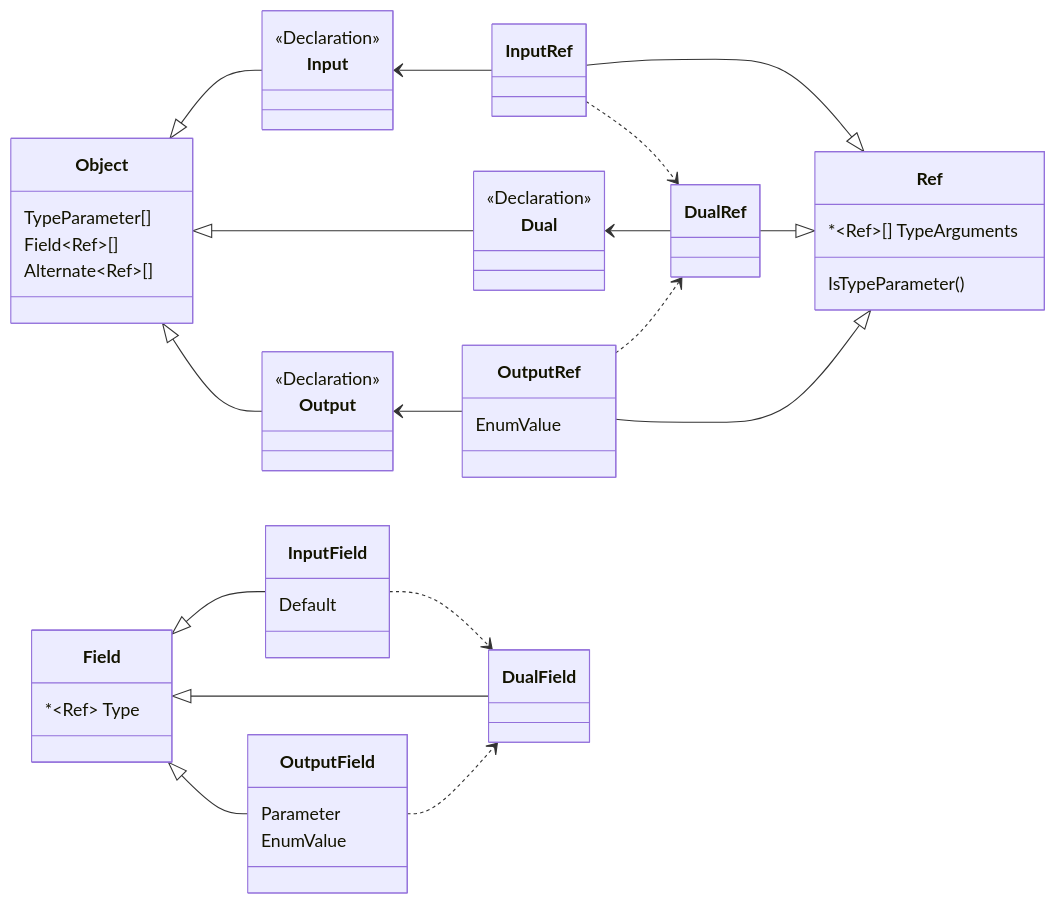
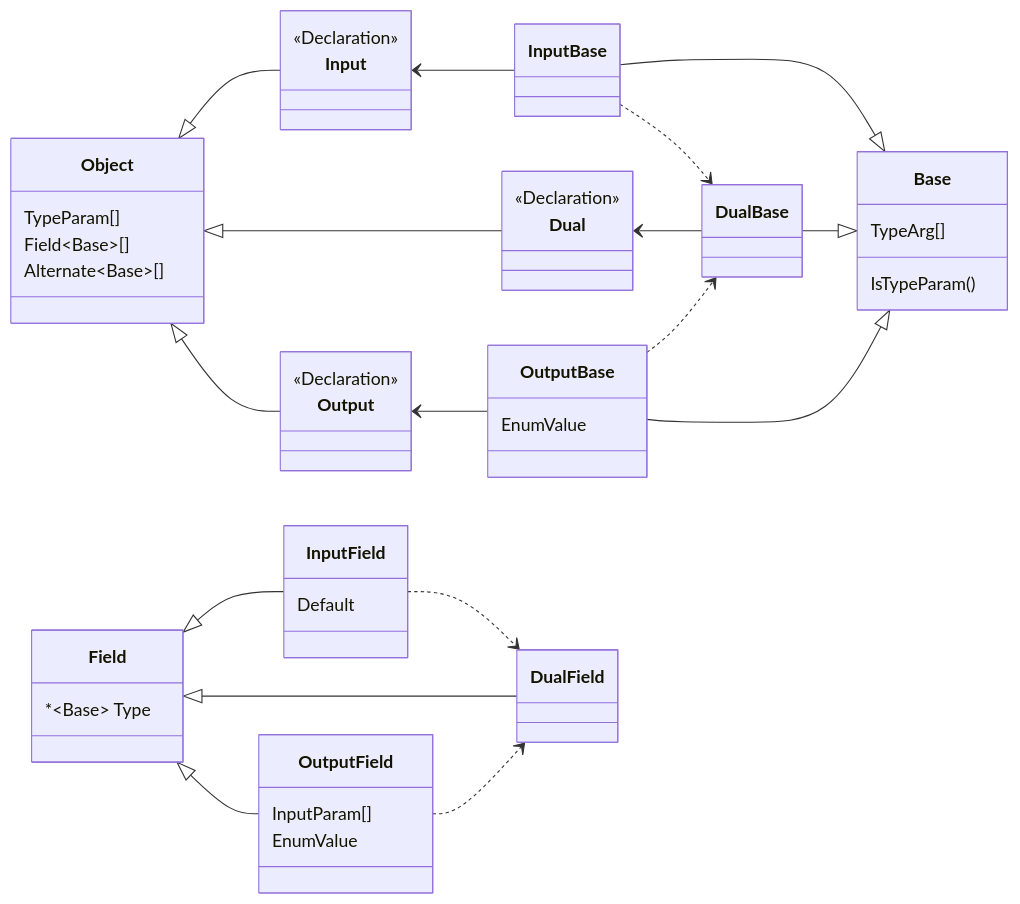
One commit to graphql-plus/graphql-plus.github.io changed the fourth of 5 diagrams in graphql-plus/Diagrams.md. Above: the diagram before and after it, drawn with Mermaid. The commit also changed other lines of this file and 5 other files, not shown here.

Commit message:
Improve Diagrams and Abbreviate Parameter and Argument

````diff
--- a/graphql-plus/Diagrams.md
+++ b/graphql-plus/Diagrams.md
@@ -77,47 +84,47 @@
 ```mermaid
 classDiagram
     direction LR
 
     Object <|-- Input
     Object <|-- Dual
     Object <|-- Output
 
-    Object : TypeParameter[]
-    Object : Field~Ref~[]
-    Object : Alternate~Ref~[]
+    Object : TypeParam[]
+    Object : Field~Base~[]
+    Object : Alternate~Base~[]
 
     <<Declaration>> Input
     <<Declaration>> Dual
     <<Declaration>> Output
 
-    InputRef ..> DualRef
-    OutputRef : EnumValue
+    InputBase ..> DualBase
+    OutputBase : EnumValue
 
-    Dual <-- DualRef
-    Input <-- InputRef
-    Output <-- OutputRef
+    Dual <-- DualBase
+    Input <-- InputBase
+    Output <-- OutputBase
 
-    OutputRef ..> DualRef
+    OutputBase ..> DualBase
 
-    InputRef --|> Ref
-    DualRef --|> Ref
-    OutputRef --|> Ref
+    InputBase --|> Base
+    DualBase --|> Base
+    OutputBase --|> Base
 
-    Ref : *~Ref~[] TypeArguments
-    Ref : IsTypeParameter()
+    Base : TypeArg[]
+    Base : IsTypeParam()
 
-    Field : *~Ref~ Type
+    Field : *~Base~ Type
 
     Field <|-- InputField
     Field <|-- OutputField
 
     InputField ..> DualField
     InputField : Default
 
     Field <|-- DualField
 
     OutputField ..> DualField
-    OutputField : Parameter
+    OutputField : InputParam[]
     OutputField : EnumValue
 
 ```
````
